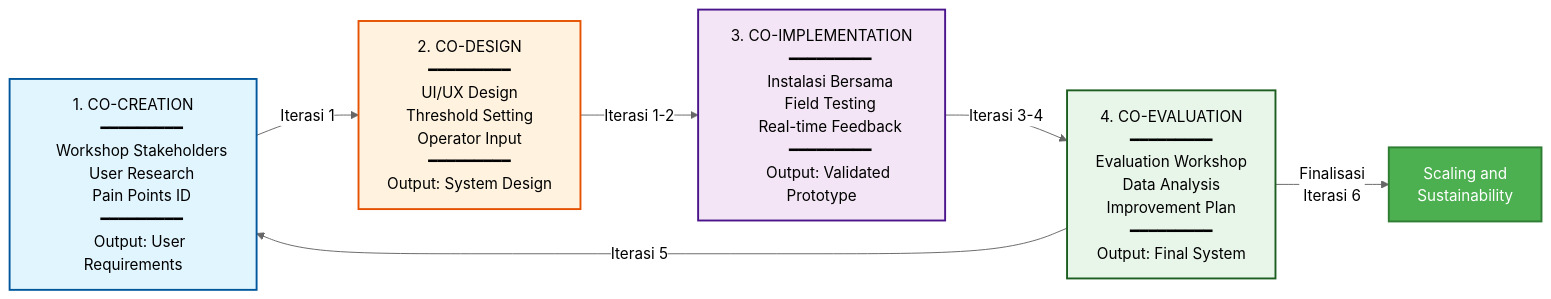
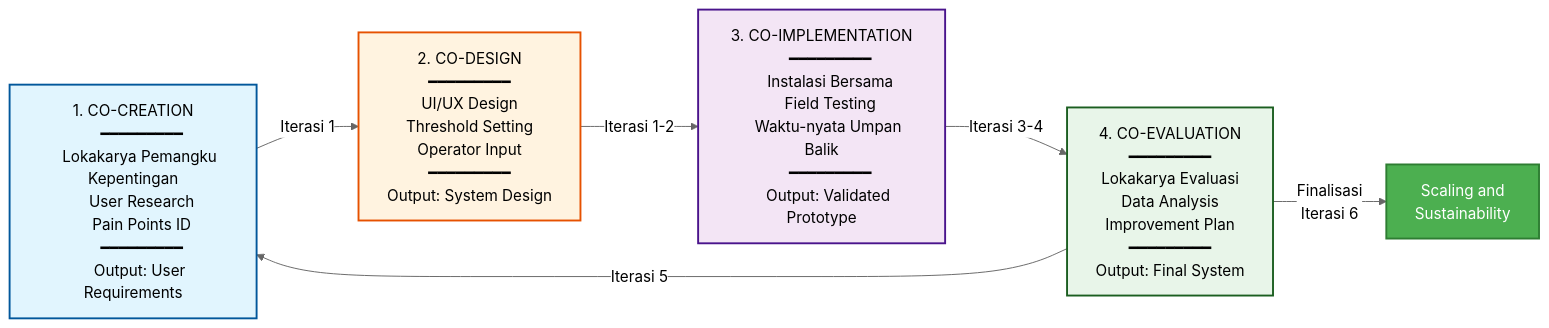
The fifth of 6 diagrams in 01_PROPOSAL_UTAMA_BESTARI_SAINTEK.md (antonprafanto/buros2025), drawn with Mermaid before and after one commit. The commit also changed other lines of this file, not shown here.

````diff
--- a/01_PROPOSAL_UTAMA_BESTARI_SAINTEK.md
+++ b/01_PROPOSAL_UTAMA_BESTARI_SAINTEK.md
@@ -462,49 +478,49 @@
 ```mermaid
 %%{init: {'theme':'neutral', 'themeVariables': { 'darkMode':'false'}}}%%
 flowchart LR
     A["1. CO-CREATION
     ━━━━━━━━━
-    Workshop Stakeholders
+    Lokakarya Pemangku Kepentingan
     User Research
     Pain Points ID
     ━━━━━━━━━
     Output: User Requirements"]
 
     B["2. CO-DESIGN
     ━━━━━━━━━
     UI/UX Design
     Threshold Setting
     Operator Input
     ━━━━━━━━━
     Output: System Design"]
 
     C["3. CO-IMPLEMENTATION
     ━━━━━━━━━
     Instalasi Bersama
     Field Testing
-    Real-time Feedback
+    Waktu-nyata Umpan Balik
     ━━━━━━━━━
     Output: Validated Prototype"]
 
     D["4. CO-EVALUATION
     ━━━━━━━━━
-    Evaluation Workshop
+    Lokakarya Evaluasi
     Data Analysis
     Improvement Plan
     ━━━━━━━━━
     Output: Final System"]
 
     A -->|"Iterasi 1"| B
     B -->|"Iterasi 1-2"| C
     C -->|"Iterasi 3-4"| D
     D -->|"Iterasi 5"| A
     D -->|"Finalisasi
     Iterasi 6"| E["Scaling and
     Sustainability"]
 
     style A fill:#e1f5fe,stroke:#01579b,stroke-width:2px,color:#000
     style B fill:#fff3e0,stroke:#e65100,stroke-width:2px,color:#000
     style C fill:#f3e5f5,stroke:#4a148c,stroke-width:2px,color:#000
     style D fill:#e8f5e9,stroke:#1b5e20,stroke-width:2px,color:#000
     style E fill:#4caf50,color:#fff,stroke:#2e7d32,stroke-width:2px
 ```
````
